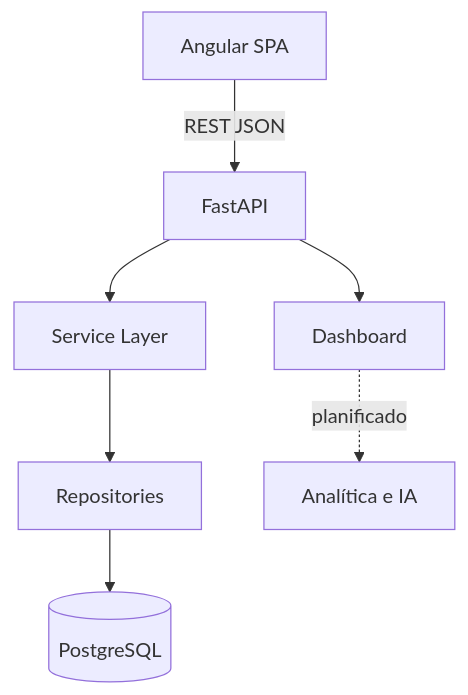
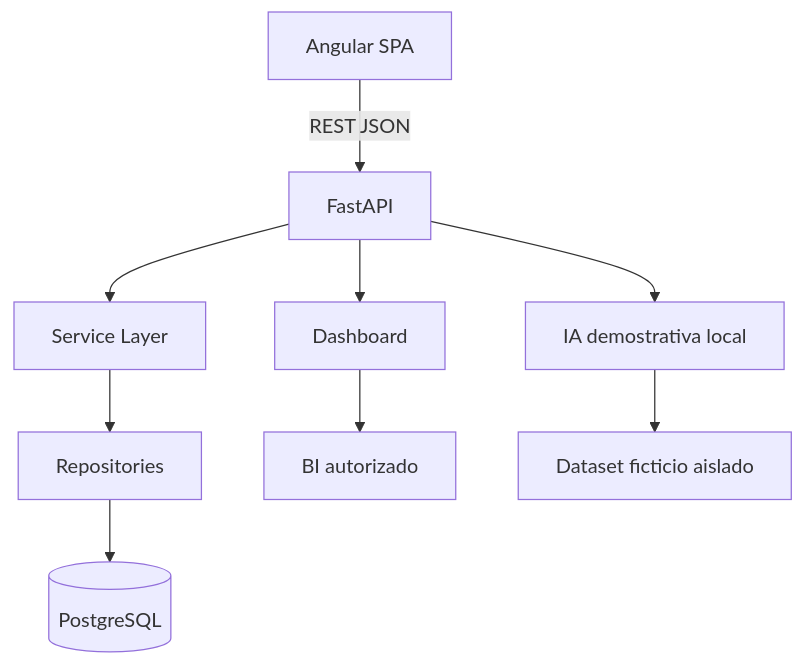
One commit to wesarzein/Paideia changed the diagram in README.md. Above: the diagram before and after it, drawn with Mermaid. The commit also changed other lines of this file and 181 other files, not shown here.

First line of the commit message:
Integra estabilizacion academica, BI e IA local demostrativa (#2)

````diff
--- a/README.md
+++ b/README.md
@@ -19,9 +32,11 @@
 ```mermaid
 flowchart TD
   A[Angular SPA] -->|REST JSON| B[FastAPI]
   B --> C[Service Layer]
   C --> D[Repositories]
   D --> E[(PostgreSQL)]
   B --> F[Dashboard]
-  F -. "planificado" .-> G[Analítica e IA]
+  F --> G[BI autorizado]
+  B --> H[IA demostrativa local]
+  H --> I[Dataset ficticio aislado]
 ```
````
